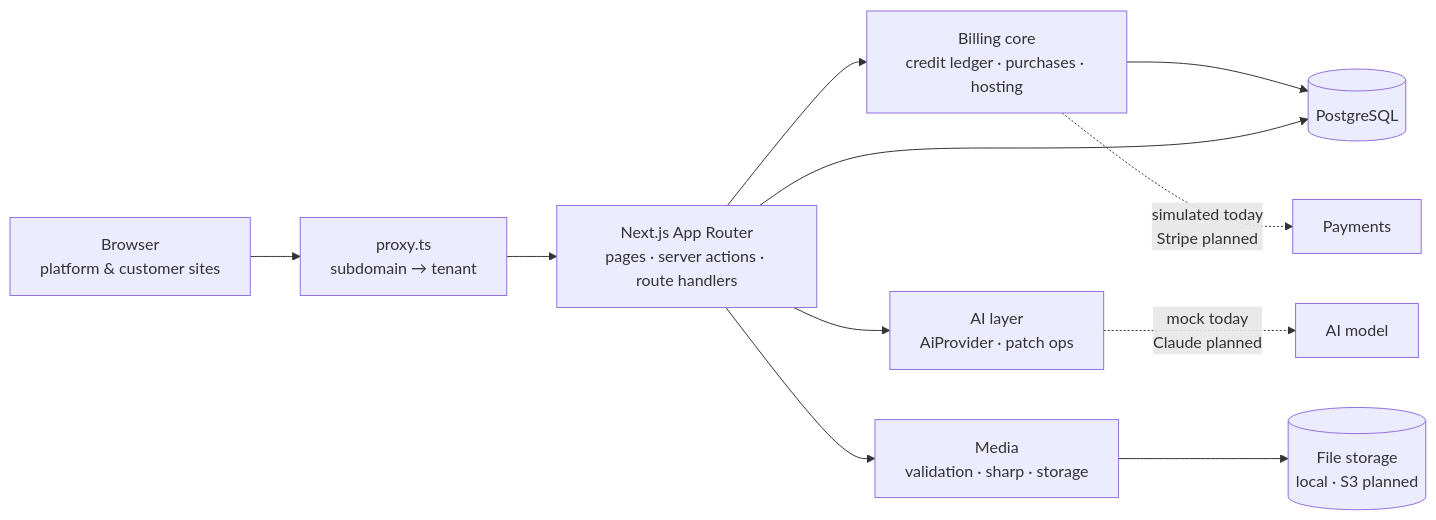
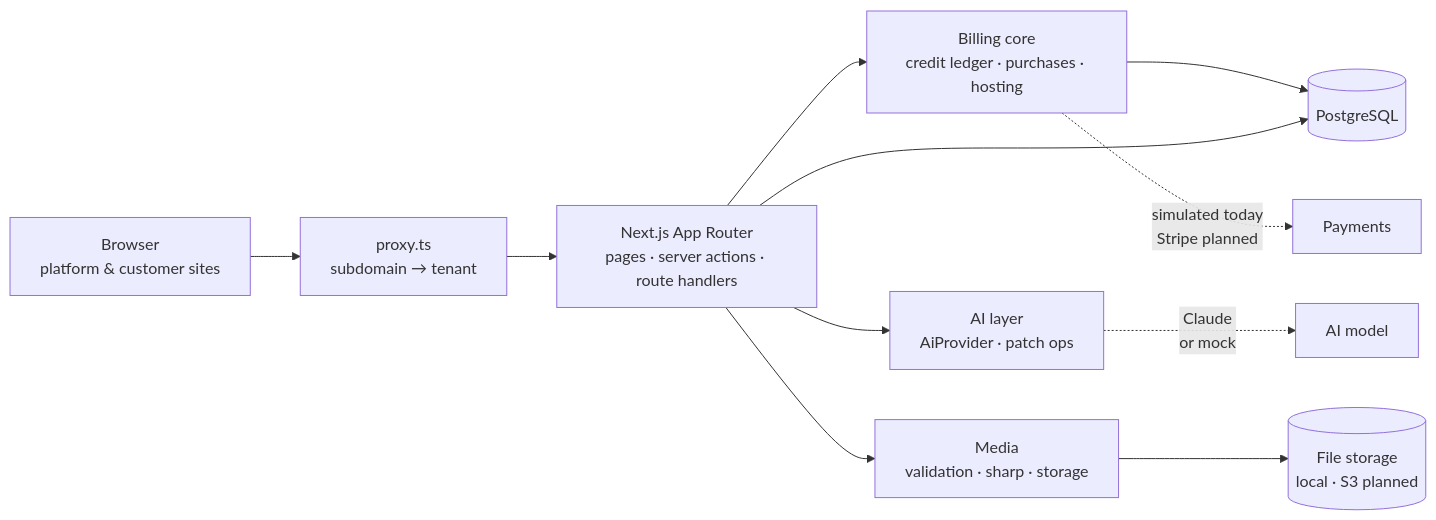
Before and after one commit to BailinZheng/appbuilder: the diagram in README.md, drawn with Mermaid. The commit also changed other lines of this file and 15 other files, not shown here.

````diff
--- a/README.md
+++ b/README.md
@@ -140,13 +142,13 @@
 ```mermaid
 flowchart LR
     Browser["Browser<br/>platform & customer sites"] --> Proxy["proxy.ts<br/>subdomain → tenant"]
     Proxy --> App["Next.js App Router<br/>pages · server actions · route handlers"]
     App --> Billing["Billing core<br/>credit ledger · purchases · hosting"]
     App --> AI["AI layer<br/>AiProvider · patch ops"]
     App --> Media["Media<br/>validation · sharp · storage"]
     Billing --> DB[(PostgreSQL)]
     App --> DB
-    AI -. "mock today<br/>Claude planned" .-> Model["AI model"]
+    AI -. "Claude<br/>or mock" .-> Model["AI model"]
     Billing -. "simulated today<br/>Stripe planned" .-> Pay["Payments"]
     Media --> Files[("File storage<br/>local · S3 planned")]
 ```
````
